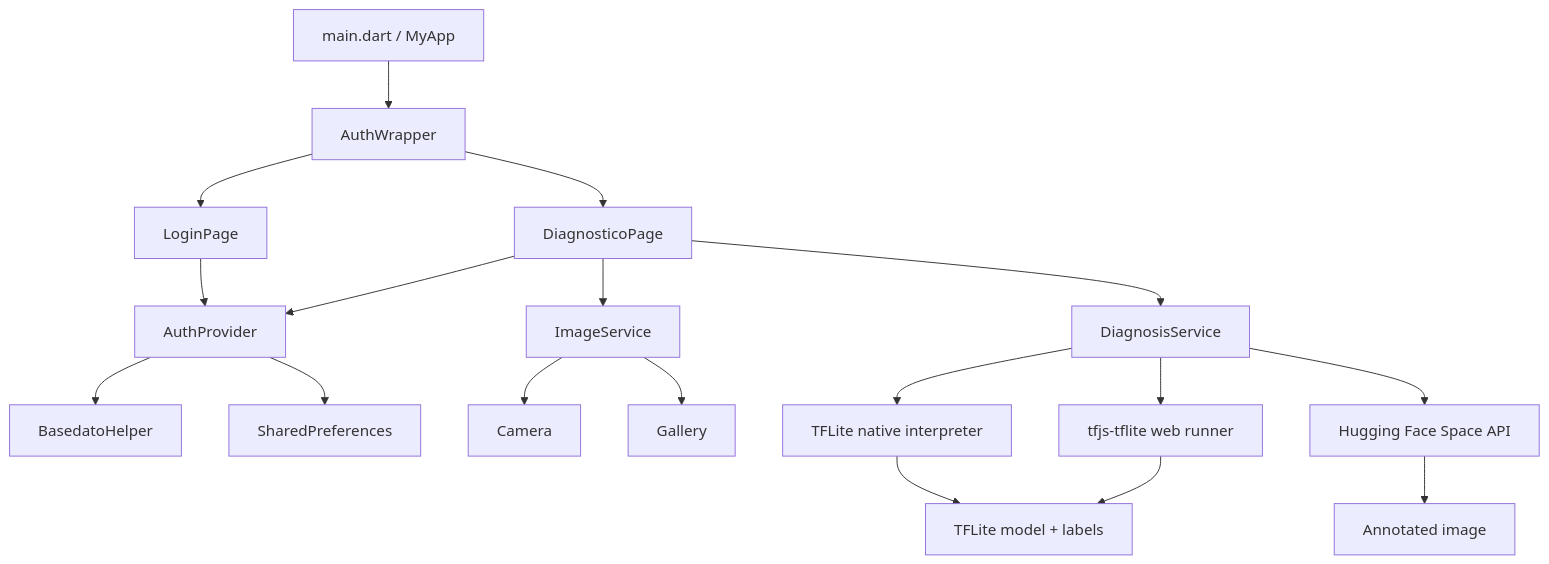
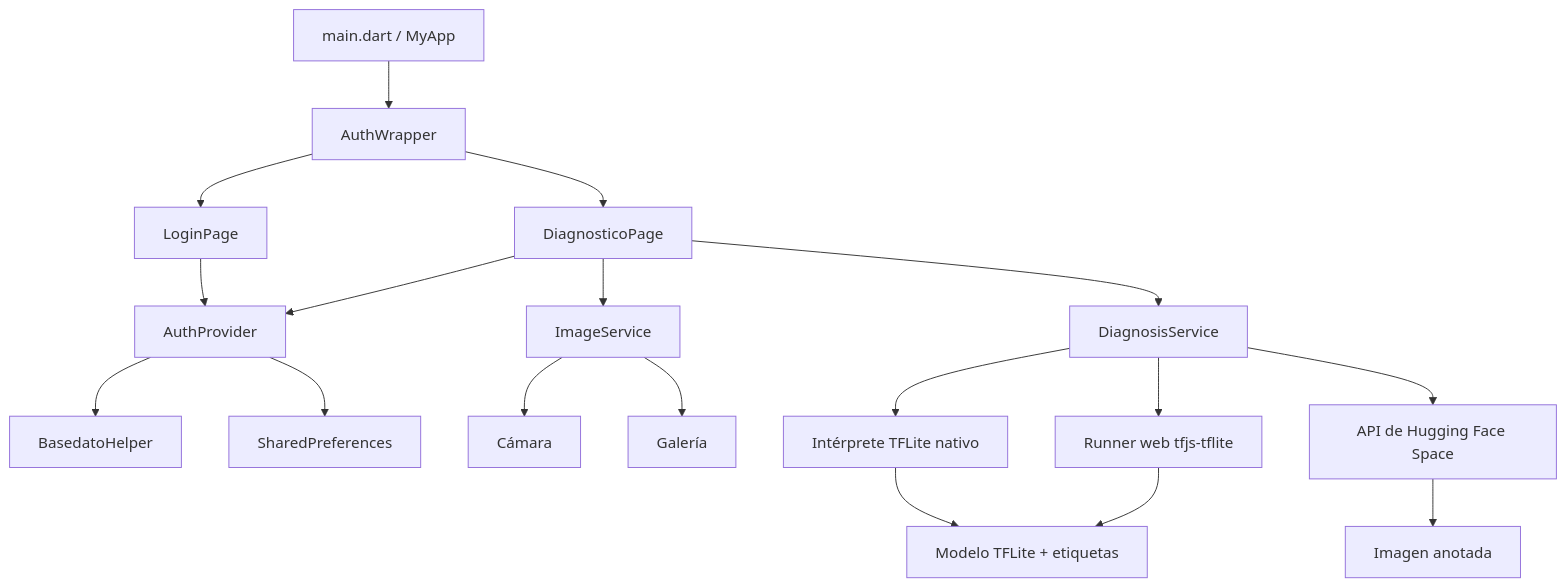
Before and after one commit to franxvas/Moniliasis-Cacao: the diagram in README.md, drawn with Mermaid. The commit also changed other lines of this file, not shown here.

````diff
--- a/README.md
+++ b/README.md
@@ -33,25 +33,25 @@
 ```mermaid
 flowchart TD
   App["main.dart / MyApp"] --> AuthWrapper["AuthWrapper"]
   AuthWrapper --> Login["LoginPage"]
   AuthWrapper --> Diagnosis["DiagnosticoPage"]
 
   Login --> AuthProvider["AuthProvider"]
   Diagnosis --> AuthProvider
   AuthProvider --> Database["BasedatoHelper"]
   AuthProvider --> Prefs["SharedPreferences"]
 
   Diagnosis --> ImageService["ImageService"]
   Diagnosis --> DiagnosisService["DiagnosisService"]
 
-  ImageService --> Camera["Camera"]
-  ImageService --> Gallery["Gallery"]
+  ImageService --> Camera["Cámara"]
+  ImageService --> Gallery["Galería"]
 
-  DiagnosisService --> OfflineNative["TFLite native interpreter"]
-  DiagnosisService --> OfflineWeb["tfjs-tflite web runner"]
-  DiagnosisService --> OnlineHF["Hugging Face Space API"]
+  DiagnosisService --> OfflineNative["Intérprete TFLite nativo"]
+  DiagnosisService --> OfflineWeb["Runner web tfjs-tflite"]
+  DiagnosisService --> OnlineHF["API de Hugging Face Space"]
 
-  OfflineNative --> Assets["TFLite model + labels"]
+  OfflineNative --> Assets["Modelo TFLite + etiquetas"]
   OfflineWeb --> Assets
-  OnlineHF --> Annotated["Annotated image"]
+  OnlineHF --> Annotated["Imagen anotada"]
 ```
````
